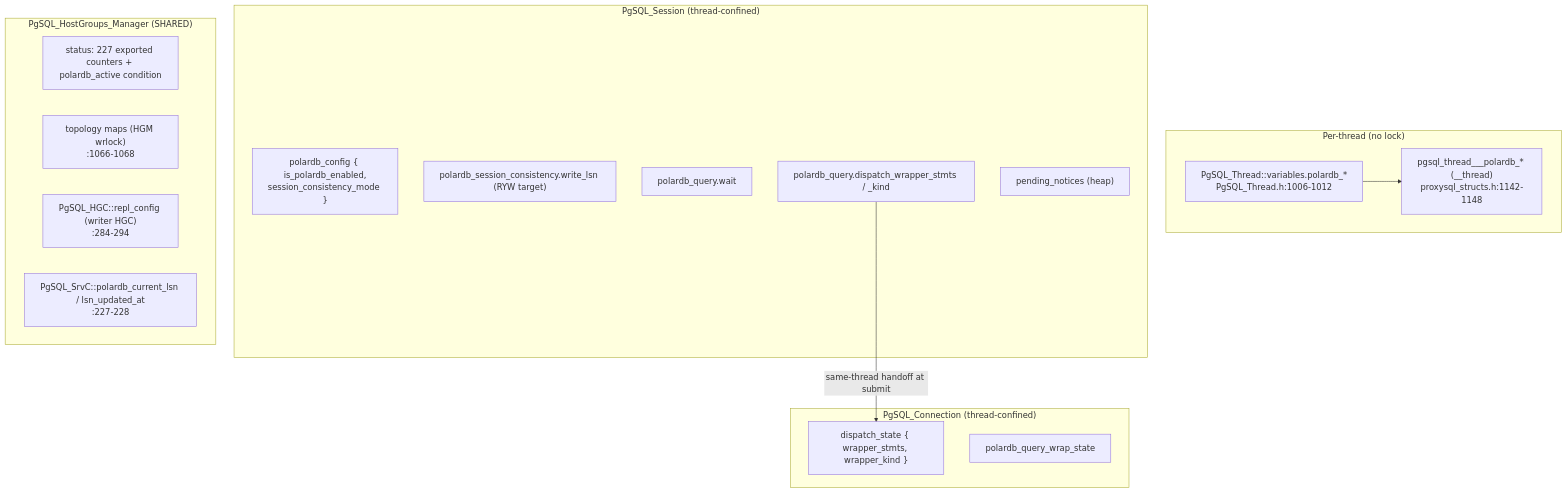
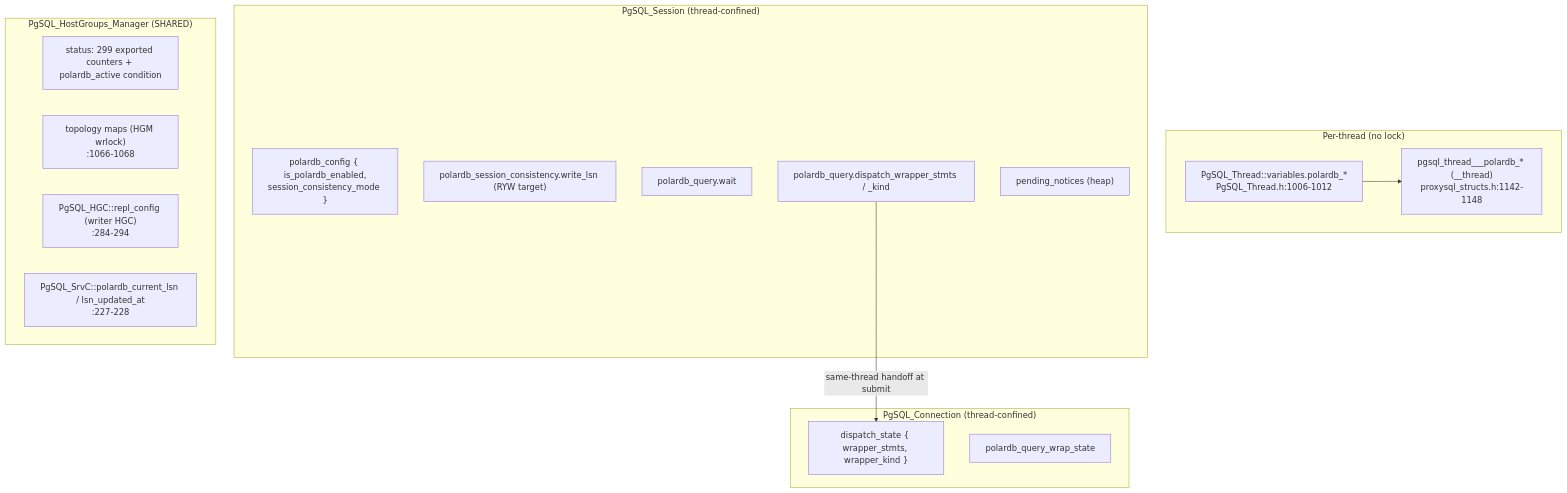
Before and after one commit to awide-labs/polar-proxy: the first of 4 diagrams in doc/polardb-arch/POLARDB_STRUCTURES.md, drawn with Mermaid. The commit also changed other lines of this file and 29 other files, not shown here.

First line of the commit message:
docs(polardb): document v15_wait extended query flow

````diff
--- a/doc/polardb-arch/POLARDB_STRUCTURES.md
+++ b/doc/polardb-arch/POLARDB_STRUCTURES.md
@@ -713,26 +747,26 @@
 ```mermaid
 flowchart TB
   subgraph TH["Per-thread (no lock)"]
     TV["PgSQL_Thread::variables.polardb_*\nPgSQL_Thread.h:1006-1012"]
     TL["pgsql_thread___polardb_* (__thread)\nproxysql_structs.h:1142-1148"]
   end
   subgraph SE["PgSQL_Session (thread-confined)"]
     SC["polardb_config { is_polardb_enabled,\nsession_consistency_mode }"]
     SW["polardb_session_consistency.write_lsn (RYW target)"]
     SQ["polardb_query.wait"]
     SD["polardb_query.dispatch_wrapper_stmts / _kind"]
     SN["pending_notices (heap)"]
   end
   subgraph CO["PgSQL_Connection (thread-confined)"]
     CD["dispatch_state { wrapper_stmts, wrapper_kind }"]
     CW["polardb_query_wrap_state"]
   end
   subgraph HG["PgSQL_HostGroups_Manager (SHARED)"]
-    HC["status: 227 exported counters + polardb_active condition"]
+    HC["status: 299 exported counters + polardb_active condition"]
     HM["topology maps (HGM wrlock)\n:1066-1068"]
     HR["PgSQL_HGC::repl_config (writer HGC)\n:284-294"]
     HS["PgSQL_SrvC::polardb_current_lsn / lsn_updated_at\n:227-228"]
   end
   SD -->|"same-thread handoff at submit"| CD
   TV --> TL
 ```
````
